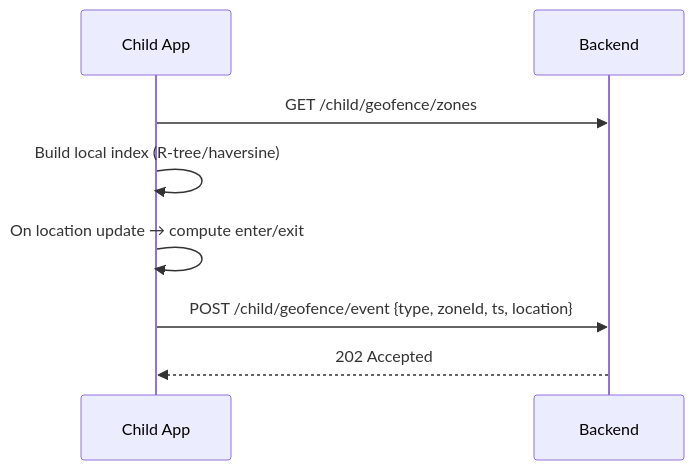
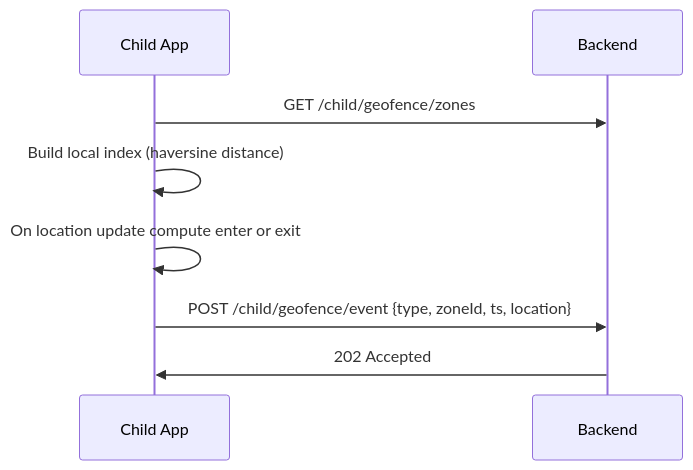
Before and after one commit to maiElkheshen066/safeGuard: the diagram in Doc/Child app/features/03_geofencing_safe_zones.md, drawn with Mermaid. The commit also changed other lines of this file and 9 other files, not shown here.

````diff
--- a/Doc/Child app/features/03_geofencing_safe_zones.md
+++ b/Doc/Child app/features/03_geofencing_safe_zones.md
@@ -27,10 +27,10 @@
 ```mermaid
 sequenceDiagram
   participant C as Child App
   participant B as Backend
   C->>B: GET /child/geofence/zones
-  C->>C: Build local index (R-tree/haversine)
-  C->>C: On location update → compute enter/exit
+  C->>C: Build local index (haversine distance)
+  C->>C: On location update compute enter or exit
   C->>B: POST /child/geofence/event {type, zoneId, ts, location}
-  B-->>C: 202 Accepted
+  B->>C: 202 Accepted
 ```
````
